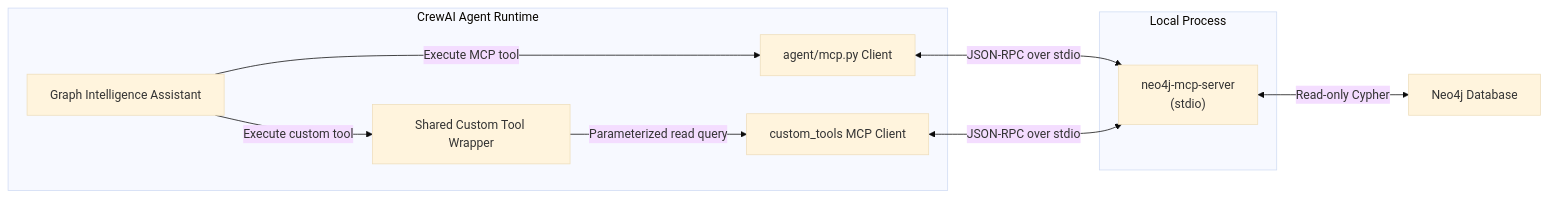
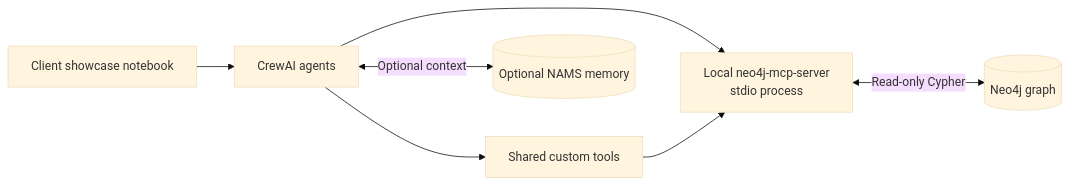
Before and after one commit to neo4j-labs/neo4j-agent-integrations: the diagram in crewai/README.md, drawn with Mermaid (base theme). The commit also changed other lines of this file and 8 other files, not shown here.

First line of the commit message:
crewai: deliver notebook-only client showcase

````diff
--- a/crewai/README.md
+++ b/crewai/README.md
@@ -123,20 +22,16 @@
 ```mermaid
 flowchart LR
-    subgraph AgentRuntime["CrewAI Agent Runtime"]
-        QueryAgent["Graph Intelligence Assistant"]
-        CustomTools["Shared Custom Tool Wrapper"]
-        MCPClient["agent/mcp.py Client"]
-        CustomMCPClient["custom_tools MCP Client"]
-    end
+    Notebook["Client showcase notebook"]
+    CrewAI["CrewAI agents"]
+    MCP["Local neo4j-mcp-server\nstdio process"]
+    Custom["Shared custom tools"]
+    Neo4j[("Neo4j graph")]
+    NAMS[("Optional NAMS memory")]
 
-    subgraph LocalProcess["Local Process"]
-        Neo4jMCP["neo4j-mcp-server\n(stdio)"]
-    end
-
-    QueryAgent -->|Execute MCP tool| MCPClient
-    QueryAgent -->|Execute custom tool| CustomTools
-    CustomTools -->|Parameterized read query| CustomMCPClient
-    MCPClient <-->|JSON-RPC over stdio| Neo4jMCP
-    CustomMCPClient <-->|JSON-RPC over stdio| Neo4jMCP
-    Neo4jMCP <-->|Read-only Cypher| Neo4j[Neo4j Database]
+    Notebook --> CrewAI
+    CrewAI --> MCP
+    CrewAI --> Custom
+    MCP <-->|Read-only Cypher| Neo4j
+    Custom --> MCP
+    CrewAI <-->|Optional context| NAMS
 ```
````
